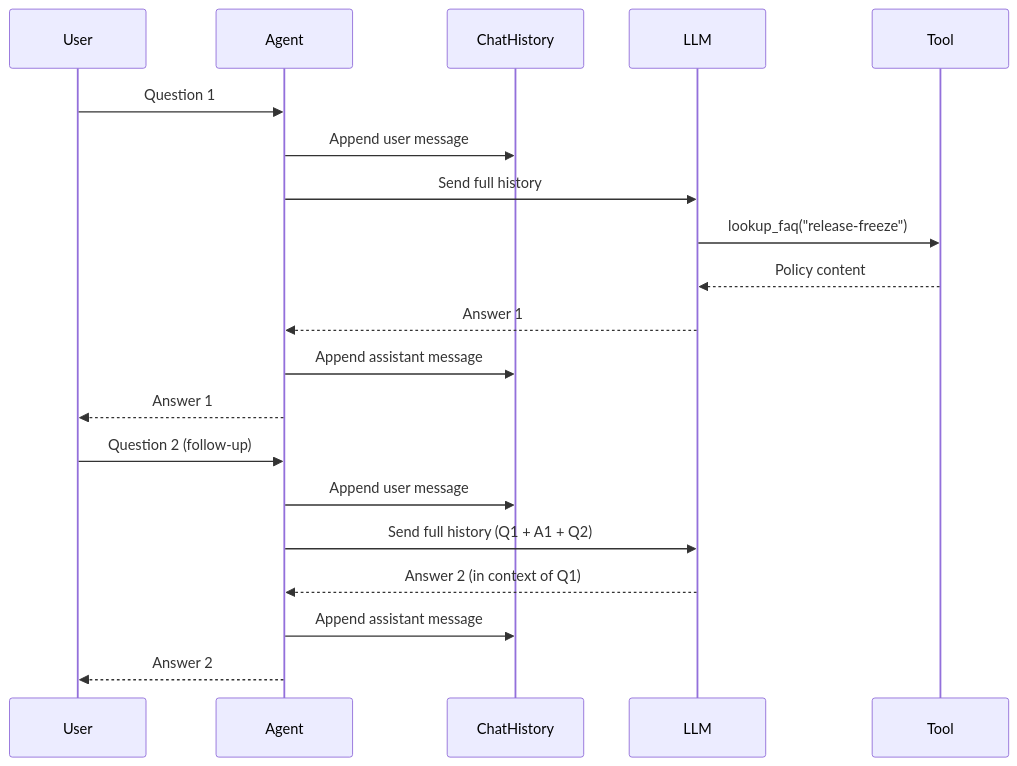
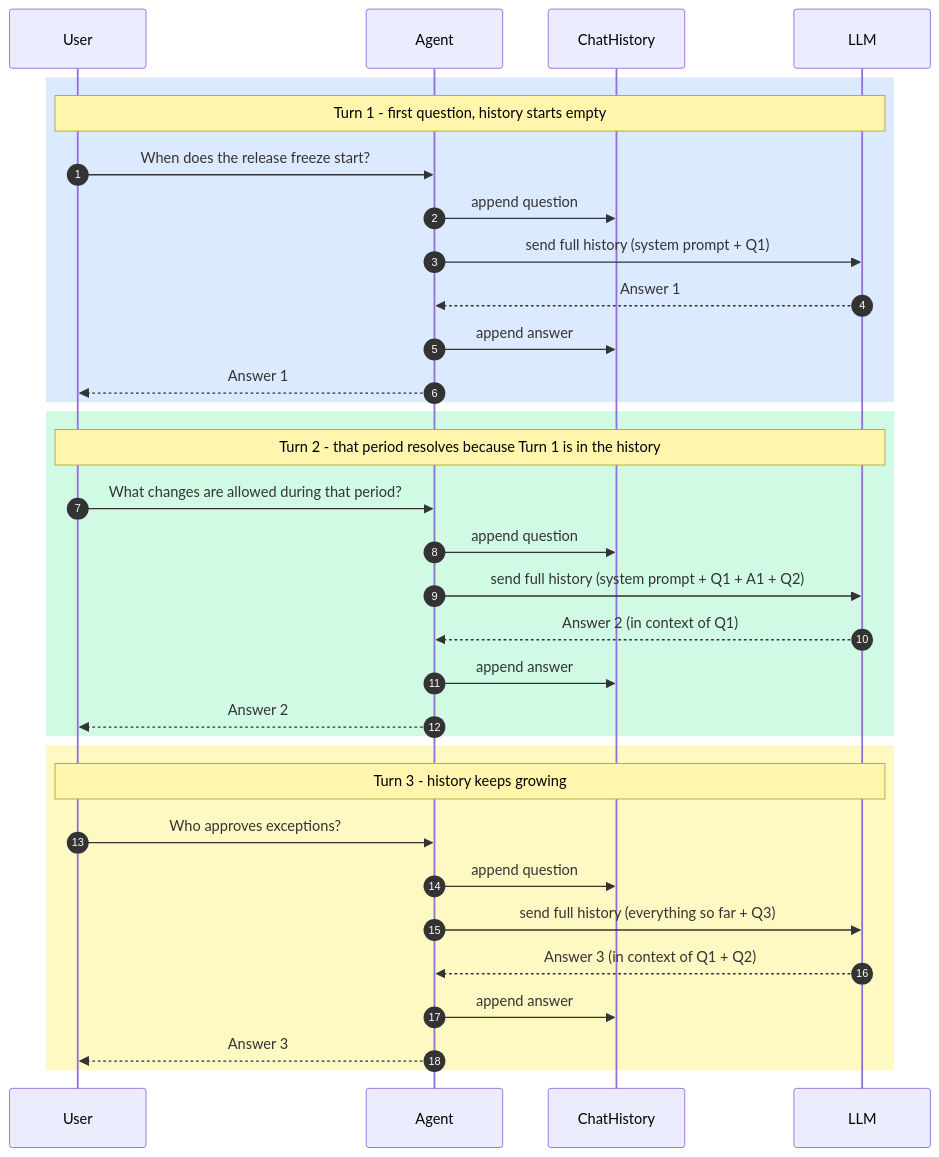
One commit to kunalbalooni/ai-agent-foundation-series changed the first of 2 diagrams in blogs/blog-02-prompt-engineering-and-state/blog.md. Above: the diagram before and after it, drawn with Mermaid. The commit also changed other lines of this file, not shown here.

Commit message:
blog-02: add prompt engineering and explicit state post

````diff
--- a/blogs/blog-02-prompt-engineering-and-state/blog.md
+++ b/blogs/blog-02-prompt-engineering-and-state/blog.md
@@ -65,24 +85,38 @@
 ```mermaid
 sequenceDiagram
-    participant User
-    participant Agent
-    participant ChatHistory
-    participant LLM
-    participant Tool
+    autonumber
+    participant U as User
+    participant A as Agent
+    participant H as ChatHistory
+    participant L as LLM
 
-    User->>Agent: Question 1
-    Agent->>ChatHistory: Append user message
-    Agent->>LLM: Send full history
-    LLM->>Tool: lookup_faq("release-freeze")
-    Tool-->>LLM: Policy content
-    LLM-->>Agent: Answer 1
-    Agent->>ChatHistory: Append assistant message
-    Agent-->>User: Answer 1
+    rect rgb(219, 234, 254)
+    Note over U,L: Turn 1 - first question, history starts empty
+    U->>A: When does the release freeze start?
+    A->>H: append question
+    A->>L: send full history (system prompt + Q1)
+    L-->>A: Answer 1
+    A->>H: append answer
+    A-->>U: Answer 1
+    end
 
-    User->>Agent: Question 2 (follow-up)
-    Agent->>ChatHistory: Append user message
-    Agent->>LLM: Send full history (Q1 + A1 + Q2)
-    LLM-->>Agent: Answer 2 (in context of Q1)
-    Agent->>ChatHistory: Append assistant message
-    Agent-->>User: Answer 2
+    rect rgb(209, 250, 229)
+    Note over U,L: Turn 2 - that period resolves because Turn 1 is in the history
+    U->>A: What changes are allowed during that period?
+    A->>H: append question
+    A->>L: send full history (system prompt + Q1 + A1 + Q2)
+    L-->>A: Answer 2 (in context of Q1)
+    A->>H: append answer
+    A-->>U: Answer 2
+    end
+
+    rect rgb(254, 249, 195)
+    Note over U,L: Turn 3 - history keeps growing
+    U->>A: Who approves exceptions?
+    A->>H: append question
+    A->>L: send full history (everything so far + Q3)
+    L-->>A: Answer 3 (in context of Q1 + Q2)
+    A->>H: append answer
+    A-->>U: Answer 3
+    end
 ```
````
